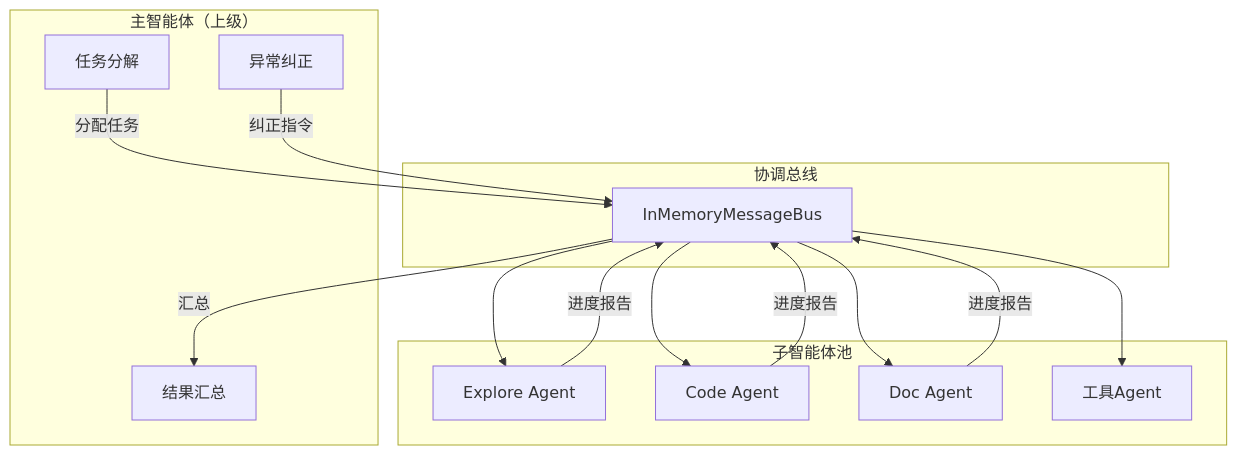
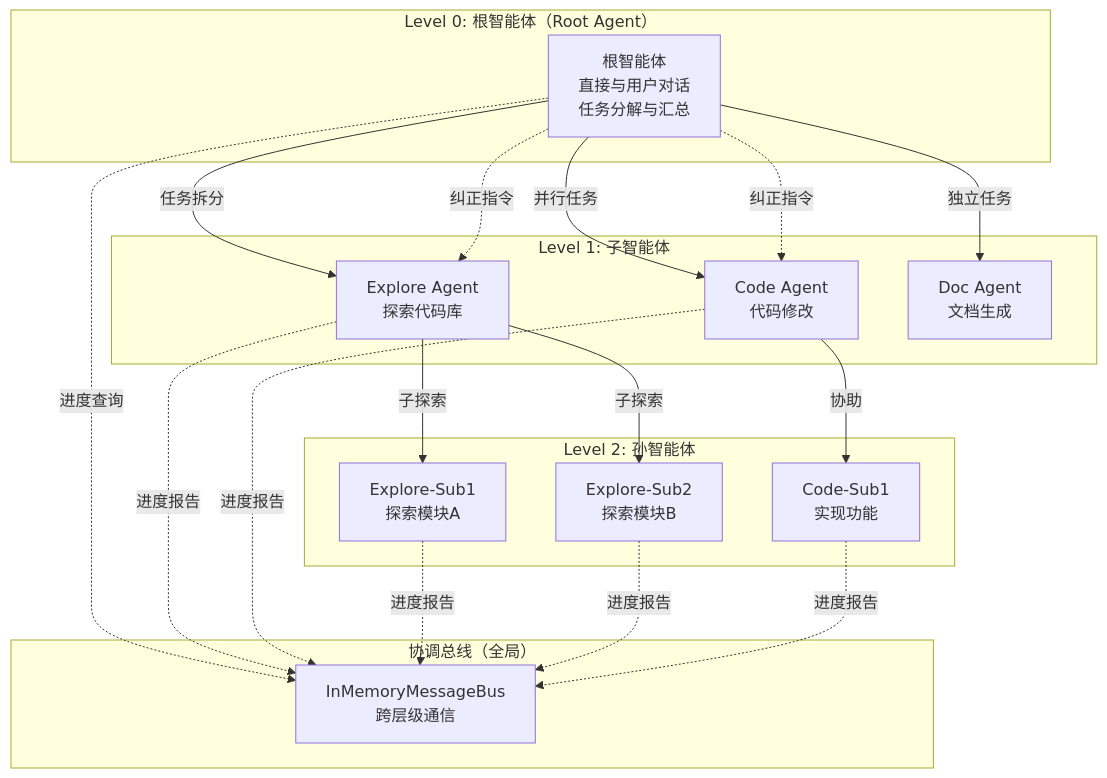
The eighth of 13 diagrams in progress/TECH.md (MiyakoMeow/neco), drawn with Mermaid before and after one commit. The commit also changed other lines of this file, not shown here.

````diff
--- a/progress/TECH.md
+++ b/progress/TECH.md
@@ -968,33 +1306,40 @@
 ```mermaid
 graph TB
-    subgraph "主智能体（上级）"
-        M1[任务分解]
-        M2[结果汇总]
-        M3[异常纠正]
+    subgraph "Level 0: 根智能体（Root Agent）"
+        Root[根智能体<br/>直接与用户对话<br/>任务分解与汇总]
     end
 
-    subgraph "协调总线"
-        Bus[InMemoryMessageBus]
+    subgraph "Level 1: 子智能体"
+        E1[Explore Agent<br/>探索代码库]
+        C1[Code Agent<br/>代码修改]
+        D1[Doc Agent<br/>文档生成]
     end
 
-    subgraph "子智能体池"
-        S1[Explore Agent]
-        S2[Code Agent]
-        S3[Doc Agent]
-        S4[工具Agent]
+    subgraph "Level 2: 孙智能体"
+        E2[Explore-Sub1<br/>探索模块A]
+        E3[Explore-Sub2<br/>探索模块B]
+        C2[Code-Sub1<br/>实现功能]
     end
 
-    M1 -->|分配任务| Bus
-    Bus --> S1
-    Bus --> S2
-    Bus --> S3
+    subgraph "协调总线（全局）"
+        Bus[InMemoryMessageBus<br/>跨层级通信]
+    end
 
-    S1 -->|进度报告| Bus
-    S2 -->|进度报告| Bus
-    S3 -->|进度报告| Bus
+    Root -->|任务拆分| E1
+    Root -->|并行任务| C1
+    Root -->|独立任务| D1
 
-    Bus -->|汇总| M2
+    E1 -->|子探索| E2
+    E1 -->|子探索| E3
+    C1 -->|协助| C2
 
-    M3 -->|纠正指令| Bus
-    Bus --> S4
+    Root -.->|进度查询| Bus
+    E1 -.->|进度报告| Bus
+    C1 -.->|进度报告| Bus
+    E2 -.->|进度报告| Bus
+    E3 -.->|进度报告| Bus
+    C2 -.->|进度报告| Bus
+
+    Root -.->|纠正指令| E1
+    Root -.->|纠正指令| C1
 ```
````
